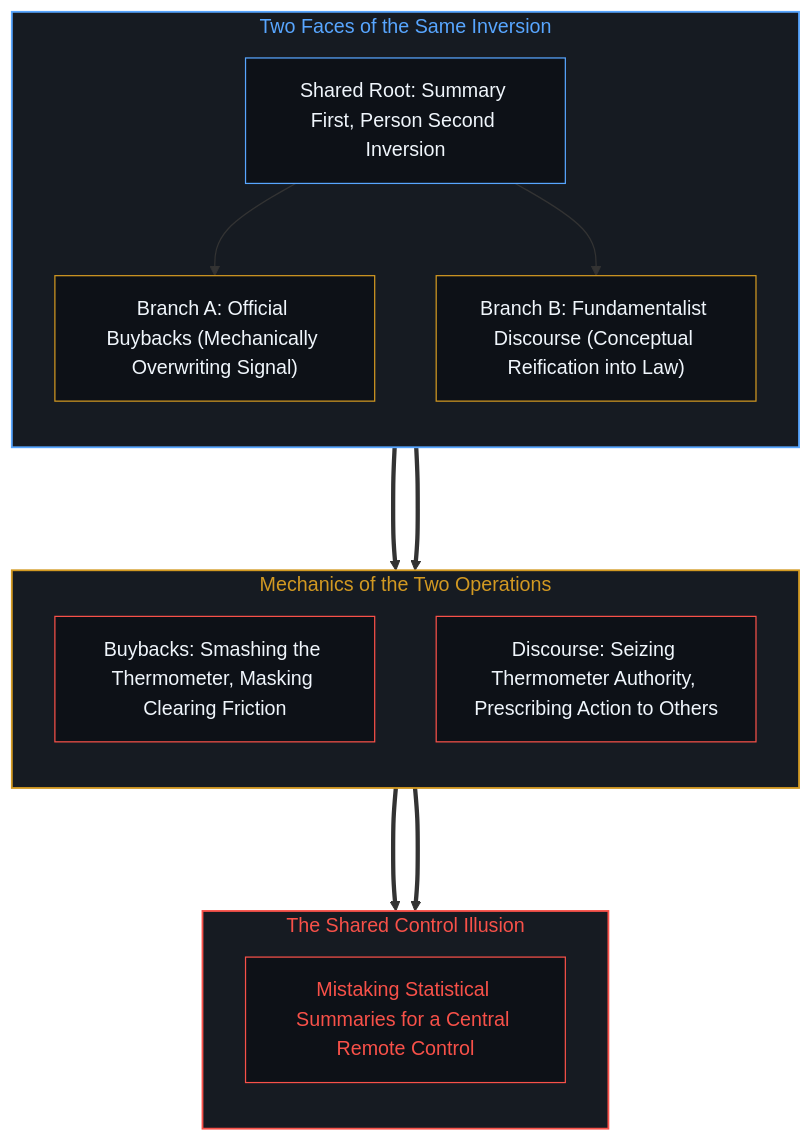
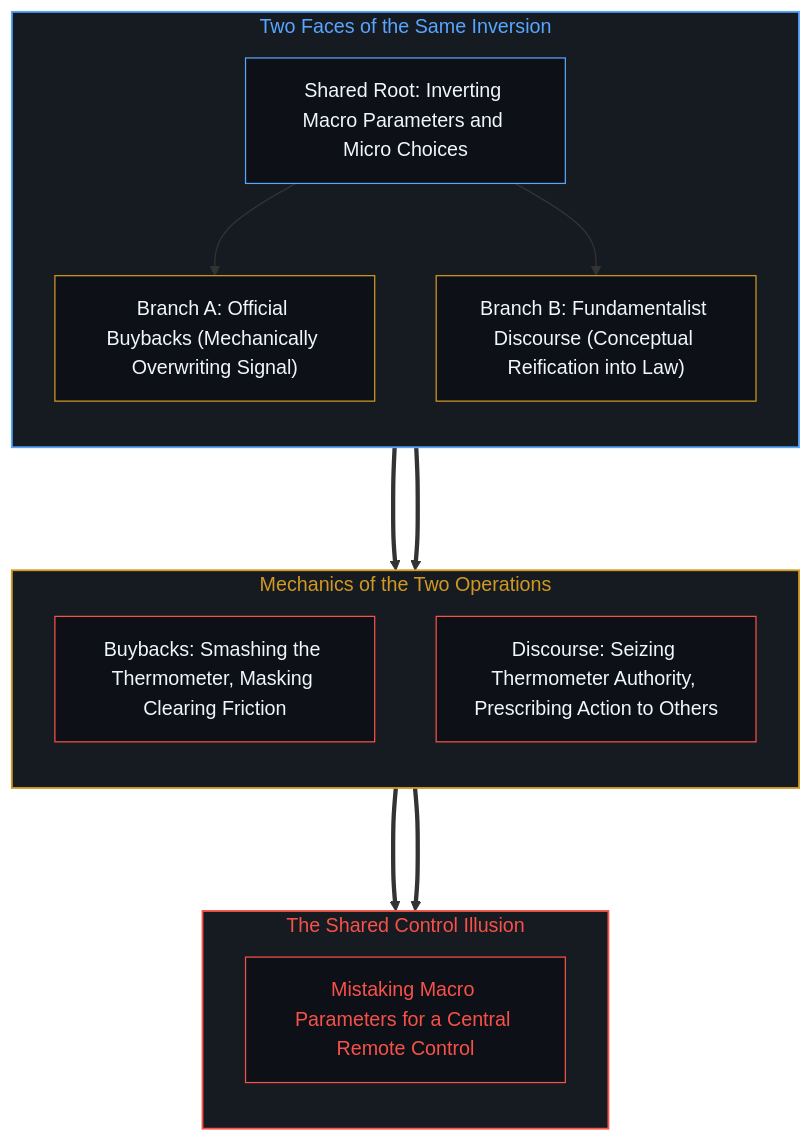
The sixth of 8 diagrams in content/posts/the-summary-first-reversal-and-the-command-of-yields.md (powerpig99/not-a-toe), drawn with Mermaid before and after one commit. The commit also changed other lines of this file and 6 other files, not shown here.

Commit message:
Refactor Post #341: replace 'summary first' with canonical 'macro parameters and micro choices'

````diff
--- a/content/posts/the-summary-first-reversal-and-the-command-of-yields.md
+++ b/content/posts/the-summary-first-reversal-and-the-command-of-yields.md
@@ -215,35 +215,35 @@
 ```mermaid
 graph TD
     subgraph S_TwinManifestations_EN ["Two Faces of the Same Inversion"]
         direction TB
-        GE1["Shared Root: Summary First, Person Second Inversion"]
+        GE1["Shared Root: Inverting Macro Parameters and Micro Choices"]
         GE1 --> GE2["Branch A: Official Buybacks (Mechanically Overwriting Signal)"]
         GE1 --> GE3["Branch B: Fundamentalist Discourse (Conceptual Reification into Law)"]
     end
 
     subgraph S_TwinOperations_EN ["Mechanics of the Two Operations"]
         direction TB
         HE1["Buybacks: Smashing the Thermometer, Masking Clearing Friction"]
         HE2["Discourse: Seizing Thermometer Authority, Prescribing Action to Others"]
     end
 
     subgraph S_SharedDelusion_EN ["The Shared Control Illusion"]
         direction TB
-        IE1["Mistaking Statistical Summaries for a Central Remote Control"]
+        IE1["Mistaking Macro Parameters for a Central Remote Control"]
     end
 
     GE2 ===> HE1
     GE3 ===> HE2
     HE1 ===> IE1
     HE2 ===> IE1
 
     style S_TwinManifestations_EN fill:#161b22,stroke:#58a6ff,stroke-width:1.5px,color:#58a6ff
     style S_TwinOperations_EN fill:#161b22,stroke:#d29922,stroke-width:1.5px,color:#d29922
     style S_SharedDelusion_EN fill:#161b22,stroke:#f85149,stroke-width:1.5px,color:#f85149
     style GE1 fill:#0d1117,stroke:#58a6ff,stroke-width:1px,color:#f0f6fc
     style GE2 fill:#0d1117,stroke:#d29922,stroke-width:1px,color:#f0f6fc
     style GE3 fill:#0d1117,stroke:#d29922,stroke-width:1px,color:#f0f6fc
     style HE1 fill:#0d1117,stroke:#f85149,stroke-width:1px,color:#f0f6fc
     style HE2 fill:#0d1117,stroke:#f85149,stroke-width:1px,color:#f0f6fc
     style IE1 fill:#0d1117,stroke:#f85149,stroke-width:1px,color:#f85149
 ```
````
